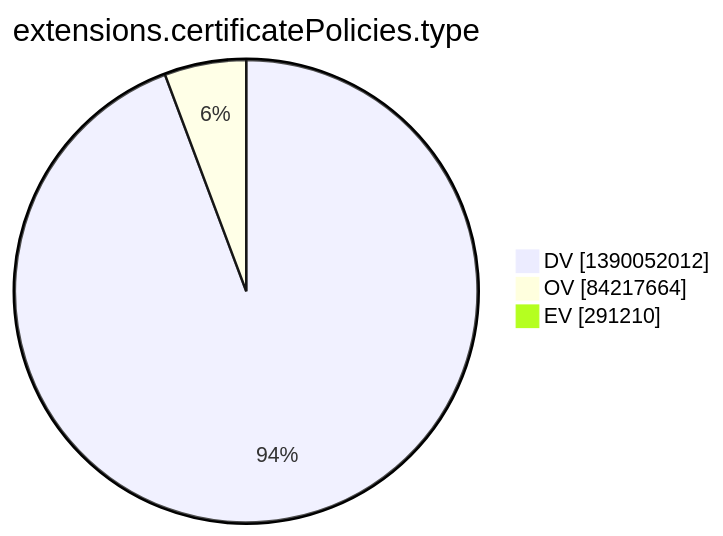
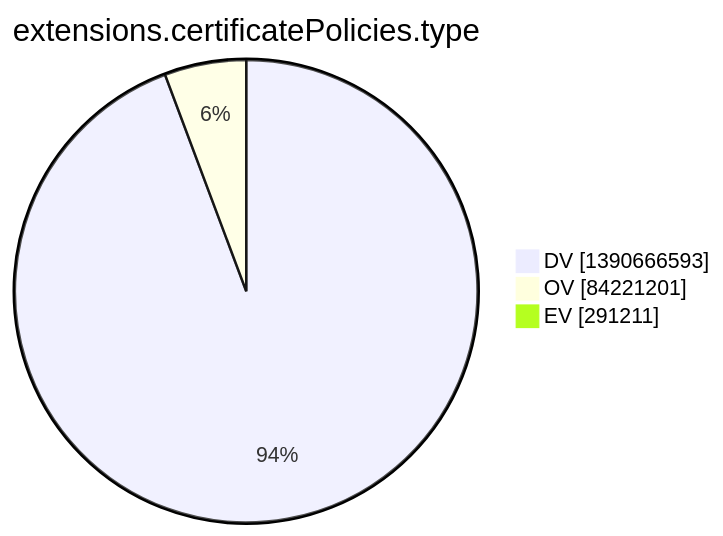
The tenth of 15 diagrams in argon2022/README.md (christiankrug/ctmonitor_visualization), drawn with Mermaid before and after one commit. The commit also changed other lines of this file, not shown here.

````diff
--- a/argon2022/README.md
+++ b/argon2022/README.md
@@ -2773,7 +2773,7 @@
 ```mermaid
 pie showData
 title extensions.certificatePolicies.type
-"DV" :1390052012
-"OV" :84217664
-"EV" :291210
+"DV" :1390666593
+"OV" :84221201
+"EV" :291211
 ```
````
